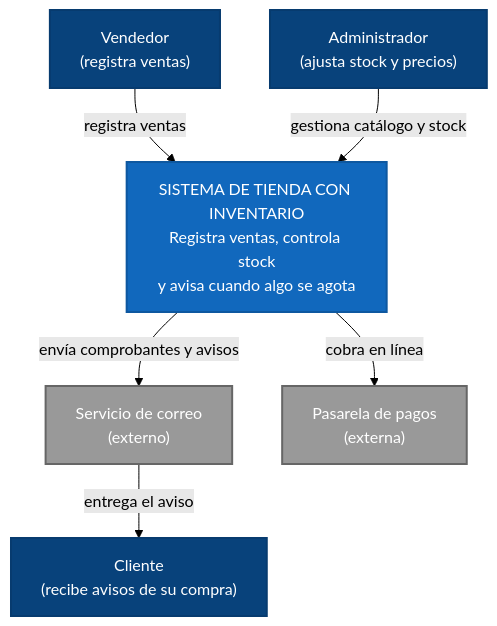
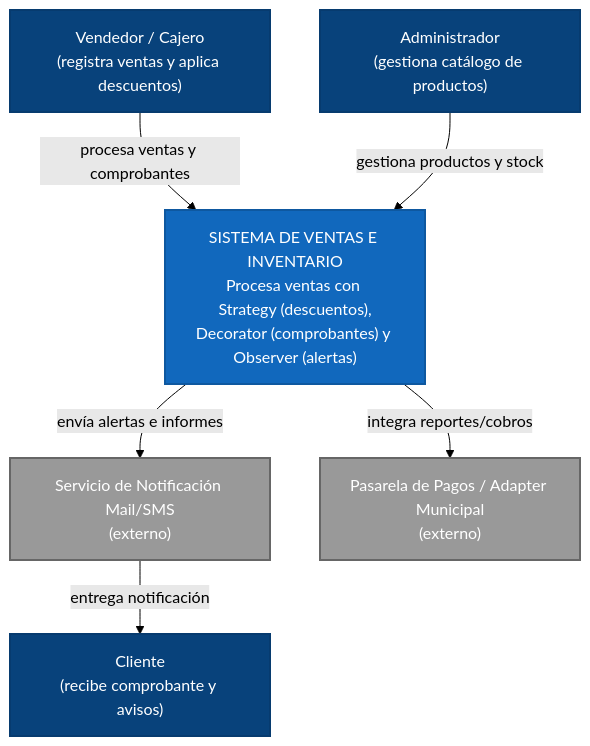
Before and after one commit to goldenBoy16/expediente-arq-rodriguez: the diagram in h4/README.md, drawn with Mermaid (forest theme).

````diff
--- a/h4/README.md
+++ b/h4/README.md
@@ -3,21 +3,21 @@
 ```mermaid
 graph TD
     classDef actor fill:#08427b,color:#fff,stroke:#073b6f,stroke-width:2px;
     classDef system fill:#1168bd,color:#fff,stroke:#0e58a0,stroke-width:2px;
     classDef external fill:#999999,color:#fff,stroke:#666666,stroke-width:2px;
 
-    vendedor["Vendedor<br/>(registra ventas)"]:::actor
-    admin["Administrador<br/>(ajusta stock y precios)"]:::actor
-    cliente["Cliente<br/>(recibe avisos de su compra)"]:::actor
+    vendedor["Vendedor / Cajero<br/>(registra ventas y aplica descuentos)"]:::actor
+    admin["Administrador<br/>(gestiona catálogo de productos)"]:::actor
+    cliente["Cliente<br/>(recibe comprobante y avisos)"]:::actor
 
-    sistema["SISTEMA DE TIENDA CON INVENTARIO<br/>Registra ventas, controla stock<br/>y avisa cuando algo se agota"]:::system
+    sistema["SISTEMA DE VENTAS E INVENTARIO<br/>Procesa ventas con Strategy (descuentos),<br/>Decorator (comprobantes) y Observer (alertas)"]:::system
 
-    correo["Servicio de correo<br/>(externo)"]:::external
-    pasarela["Pasarela de pagos<br/>(externa)"]:::external
+    correo["Servicio de Notificación Mail/SMS<br/>(externo)"]:::external
+    pasarela["Pasarela de Pagos / Adapter Municipal<br/>(externo)"]:::external
 
-    vendedor -->|registra ventas| sistema
-    admin -->|gestiona catálogo y stock| sistema
-    sistema -->|envía comprobantes y avisos| correo
-    correo -->|entrega el aviso| cliente
-    sistema -->|cobra en línea| pasarela
+    vendedor -->|procesa ventas y comprobantes| sistema
+    admin -->|gestiona productos y stock| sistema
+    sistema -->|envía alertas e informes| correo
+    correo -->|entrega notificación| cliente
+    sistema -->|integra reportes/cobros| pasarela
 ```
````
